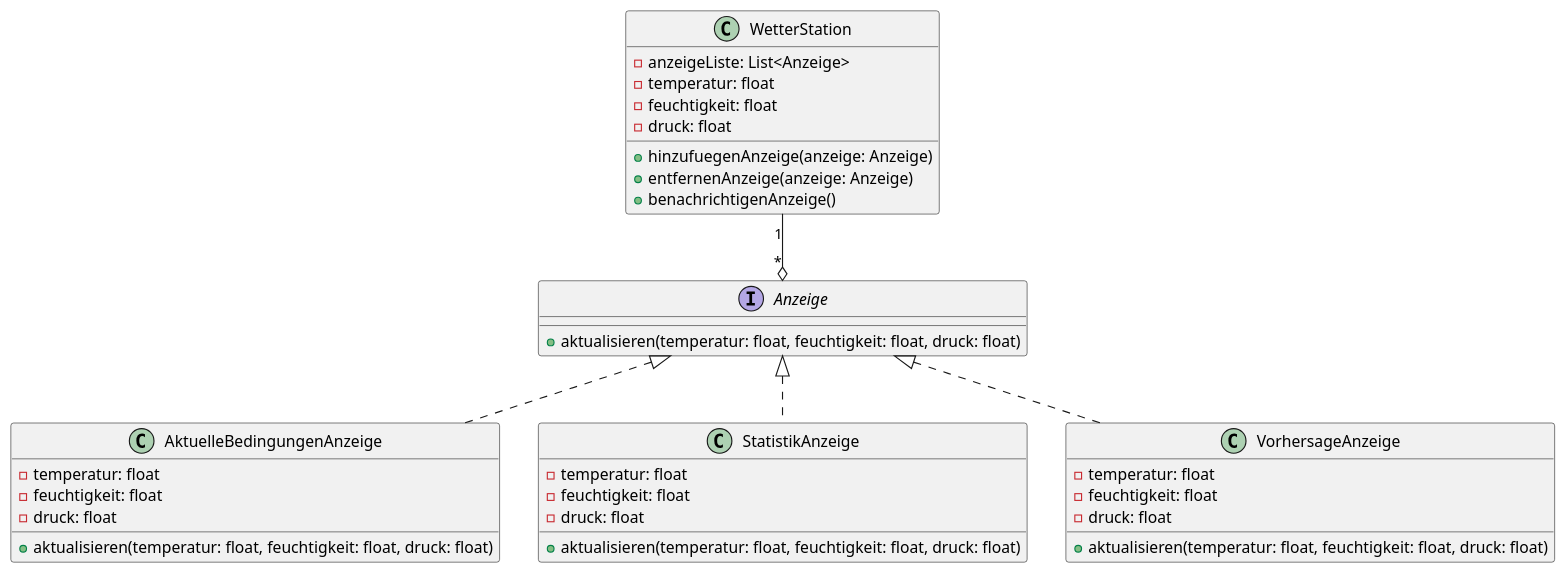
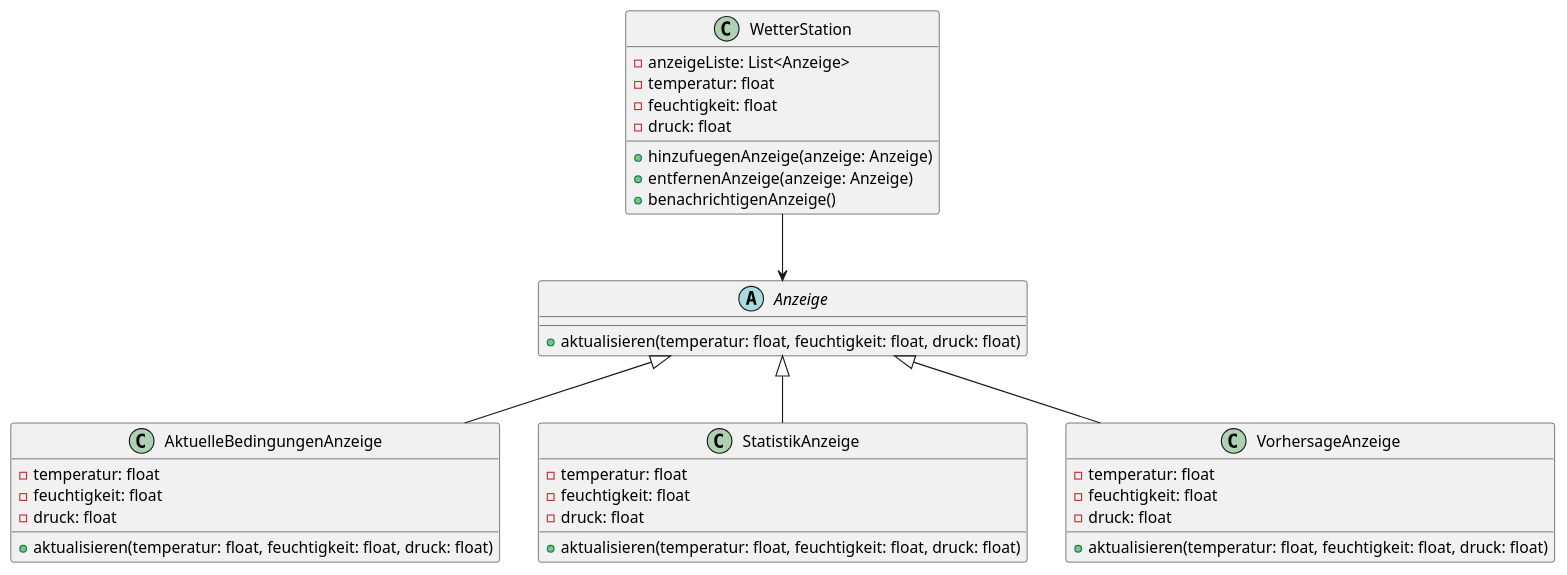
Before and after one commit to Dungeon-CampusMinden/Dungeon: the diagram in dojo-dungeon/todo-assets/Fragen_Pattern/UML_Klassendiagramm1_source.pu, drawn with PlantUML. The commit also changed 9 other files, not shown here.

First line of the commit message:
Diagrams adapted according to the lecture and the English Wikipedia article, and class comments and multiplicities removed:

```diff
--- a/dojo-dungeon/todo-assets/Fragen_Pattern/UML_Klassendiagramm1_source.pu
+++ b/dojo-dungeon/todo-assets/Fragen_Pattern/UML_Klassendiagramm1_source.pu
@@ -1,41 +1,41 @@
 @startuml UML_Klassendiagramm1.png
-interface Anzeige {
+abstract Anzeige {
   +aktualisieren(temperatur: float, feuchtigkeit: float, druck: float)
 }
 
 class WetterStation {
   -anzeigeListe: List<Anzeige>
   -temperatur: float
   -feuchtigkeit: float
   -druck: float
   +hinzufuegenAnzeige(anzeige: Anzeige)
   +entfernenAnzeige(anzeige: Anzeige)
   +benachrichtigenAnzeige()
 }
 
 class AktuelleBedingungenAnzeige {
   -temperatur: float
   -feuchtigkeit: float
   -druck: float
   +aktualisieren(temperatur: float, feuchtigkeit: float, druck: float)
 }
 
 class StatistikAnzeige {
   -temperatur: float
   -feuchtigkeit: float
   -druck: float
   +aktualisieren(temperatur: float, feuchtigkeit: float, druck: float)
 }
 
 class VorhersageAnzeige {
   -temperatur: float
   -feuchtigkeit: float
   -druck: float
   +aktualisieren(temperatur: float, feuchtigkeit: float, druck: float)
 }
 
-WetterStation "1" --o "*" Anzeige
-Anzeige <|.. AktuelleBedingungenAnzeige
-Anzeige <|.. StatistikAnzeige
-Anzeige <|.. VorhersageAnzeige
+WetterStation --> Anzeige
+Anzeige <|-- AktuelleBedingungenAnzeige
+Anzeige <|-- StatistikAnzeige
+Anzeige <|-- VorhersageAnzeige
 @enduml
```
